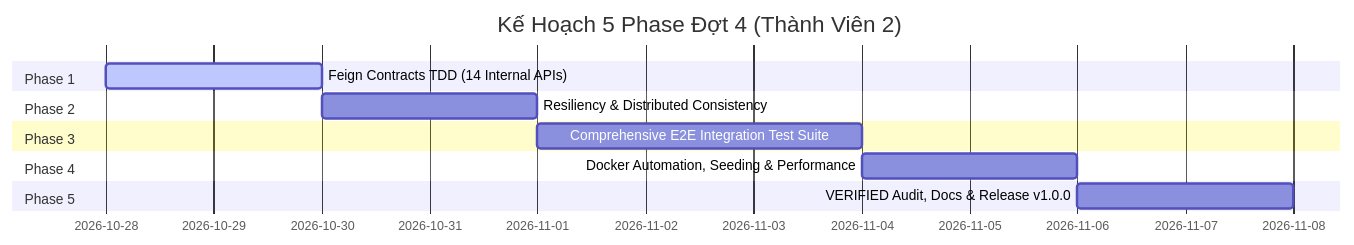
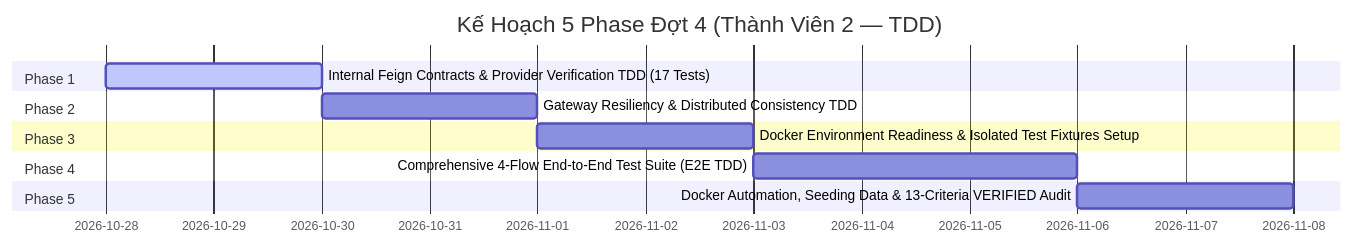
One commit to nguyenminhtri15022006-art/LMS changed the second of 2 diagrams in docs/KE_HOACH_DOT_4_TDD.md. Above: the diagram before and after it, drawn with Mermaid. The commit also changed other lines of this file and 4 other files, not shown here.

Commit message:
test(feign): kiểm chứng 15 hợp đồng provider api nội bộ và 2 fallback assignment-client

````diff
--- a/docs/KE_HOACH_DOT_4_TDD.md
+++ b/docs/KE_HOACH_DOT_4_TDD.md
@@ -45,15 +180,15 @@
 ```mermaid
 gantt
-    title Kế Hoạch 5 Phase Đợt 4 (Thành Viên 2)
+    title Kế Hoạch 5 Phase Đợt 4 (Thành Viên 2 — TDD)
     dateFormat  YYYY-MM-DD
     section Phase 1
-    Feign Contracts TDD (14 Internal APIs)       :active, p1, 2026-10-28, 2d
+    Internal Feign Contracts & Provider Verification TDD (17 Tests) :active, p1, 2026-10-28, 2d
     section Phase 2
-    Resiliency & Distributed Consistency         :p2, after p1, 2d
+    Gateway Resiliency & Distributed Consistency TDD               :p2, after p1, 2d
     section Phase 3
-    Comprehensive E2E Integration Test Suite     :p3, after p2, 3d
+    Docker Environment Readiness & Isolated Test Fixtures Setup    :p3, after p2, 2d
     section Phase 4
-    Docker Automation, Seeding & Performance     :p4, after p3, 2d
+    Comprehensive 4-Flow End-to-End Test Suite (E2E TDD)           :p4, after p3, 3d
     section Phase 5
-    VERIFIED Audit, Docs & Release v1.0.0        :p5, after p4, 2d
+    Docker Automation, Seeding Data & 13-Criteria VERIFIED Audit   :p5, after p4, 2d
 ```
````
